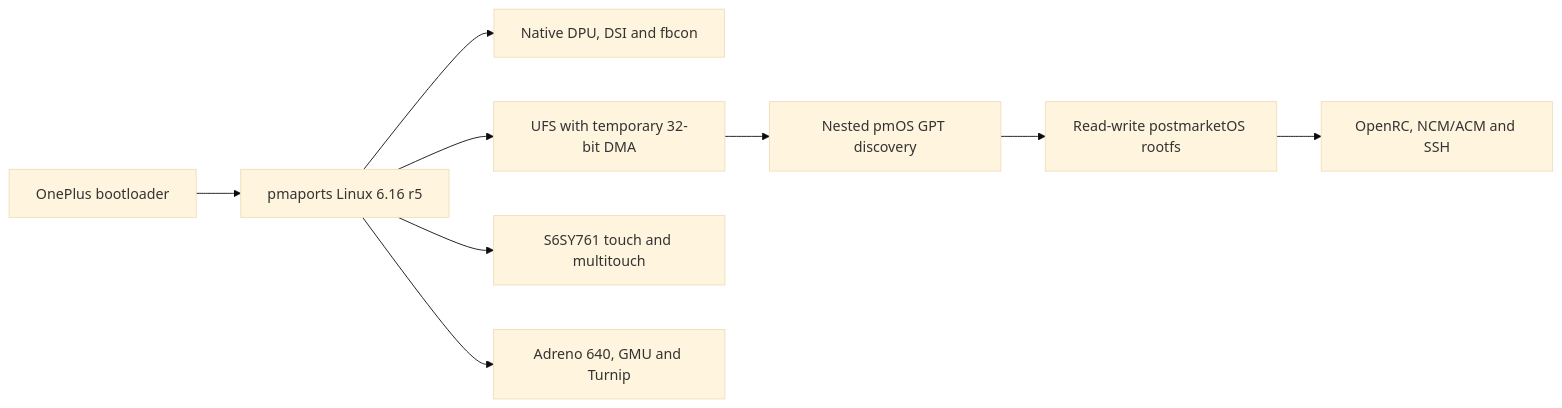
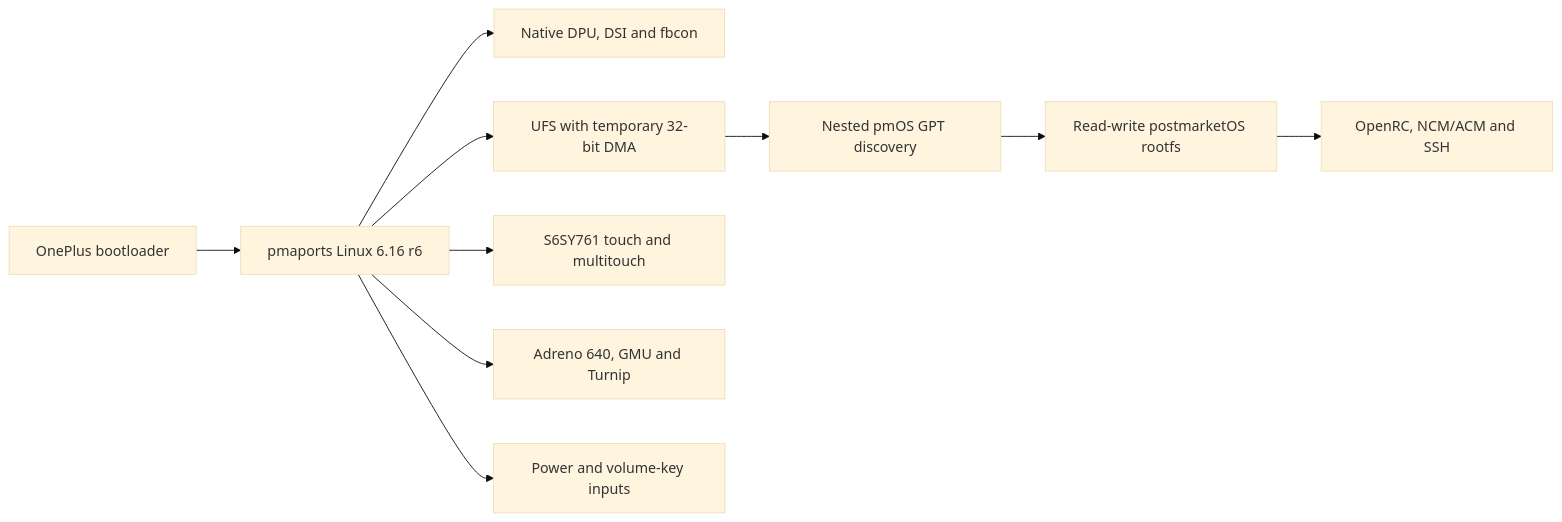
One commit to Sr-0w/hotdog-linux-bringup changed the diagram in README.md. Above: the diagram before and after it, drawn with Mermaid (base theme). The commit also changed other lines of this file and 10 other files, not shown here.

````diff
--- a/README.md
+++ b/README.md
@@ -135,11 +144,12 @@
 ```mermaid
 flowchart LR
-    A["OnePlus bootloader"] --> B["pmaports Linux 6.16 r5"]
+    A["OnePlus bootloader"] --> B["pmaports Linux 6.16 r6"]
     B --> C["Native DPU, DSI and fbcon"]
     B --> D["UFS with temporary 32-bit DMA"]
     D --> E["Nested pmOS GPT discovery"]
     E --> F["Read-write postmarketOS rootfs"]
     F --> G["OpenRC, NCM/ACM and SSH"]
     B --> H["S6SY761 touch and multitouch"]
     B --> I["Adreno 640, GMU and Turnip"]
+    B --> J["Power and volume-key inputs"]
 ```
````
